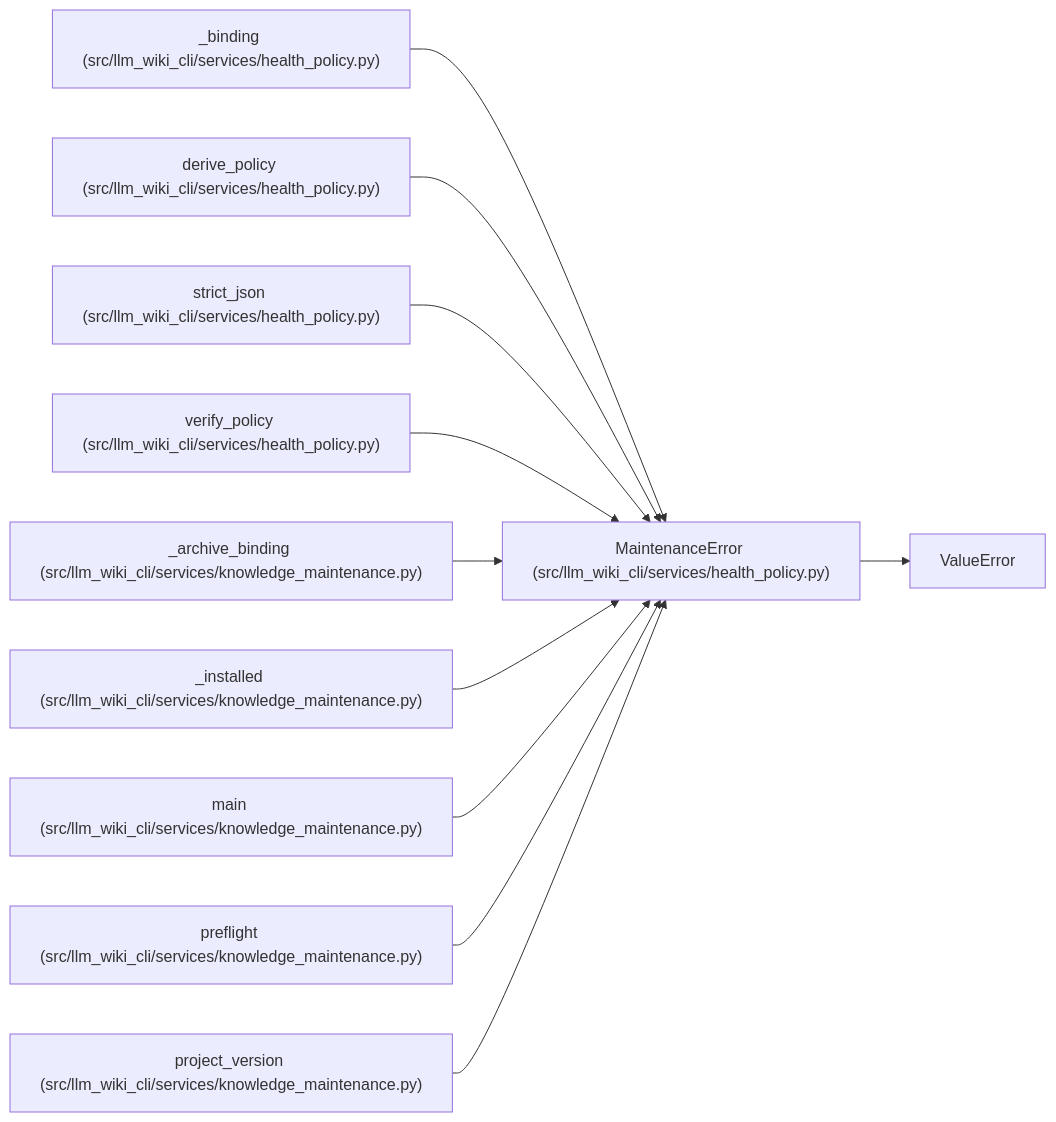
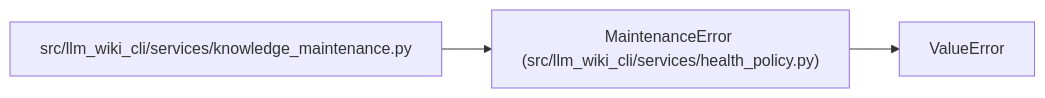
The diagram in docs/llm_wiki/entities/health_policy_MaintenanceError.md (Denissvgn/python-wiki-llm), drawn with Mermaid before and after one commit. The commit also changed other lines of this file and 554 other files, not shown here.

````diff
--- a/docs/llm_wiki/entities/health_policy_MaintenanceError.md
+++ b/docs/llm_wiki/entities/health_policy_MaintenanceError.md
@@ -23,34 +23,10 @@
 ```mermaid
 flowchart LR
     n0["MaintenanceError (src/llm_wiki_cli/services/health_policy.py)"]
     n1["ValueError"]
-    n2["_binding (src/llm_wiki_cli/services/health_policy.py)"]
-    n3["derive_policy (src/llm_wiki_cli/services/health_policy.py)"]
-    n4["strict_json (src/llm_wiki_cli/services/health_policy.py)"]
-    n5["verify_policy (src/llm_wiki_cli/services/health_policy.py)"]
-    n6["_archive_binding (src/llm_wiki_cli/services/knowledge_maintenance.py)"]
-    n7["_installed (src/llm_wiki_cli/services/knowledge_maintenance.py)"]
-    n8["main (src/llm_wiki_cli/services/knowledge_maintenance.py)"]
-    n9["preflight (src/llm_wiki_cli/services/knowledge_maintenance.py)"]
-    n10["project_version (src/llm_wiki_cli/services/knowledge_maintenance.py)"]
+    n2["src/llm_wiki_cli/services/knowledge_maintenance.py"]
     n0 --> n1
     n2 --> n0
-    n3 --> n0
-    n4 --> n0
-    n5 --> n0
-    n6 --> n0
-    n7 --> n0
-    n8 --> n0
-    n9 --> n0
-    n10 --> n0
     click n0 "../modules/health_policy.md"
-    click n2 "../modules/health_policy.md"
-    click n3 "../modules/health_policy.md"
-    click n4 "../modules/health_policy.md"
-    click n5 "../modules/health_policy.md"
-    click n6 "../modules/knowledge_maintenance.md"
-    click n7 "../modules/knowledge_maintenance.md"
-    click n8 "../modules/knowledge_maintenance.md"
-    click n9 "../modules/knowledge_maintenance.md"
-    click n10 "../modules/knowledge_maintenance.md"
+    click n2 "../modules/knowledge_maintenance.md"
 ```
````
